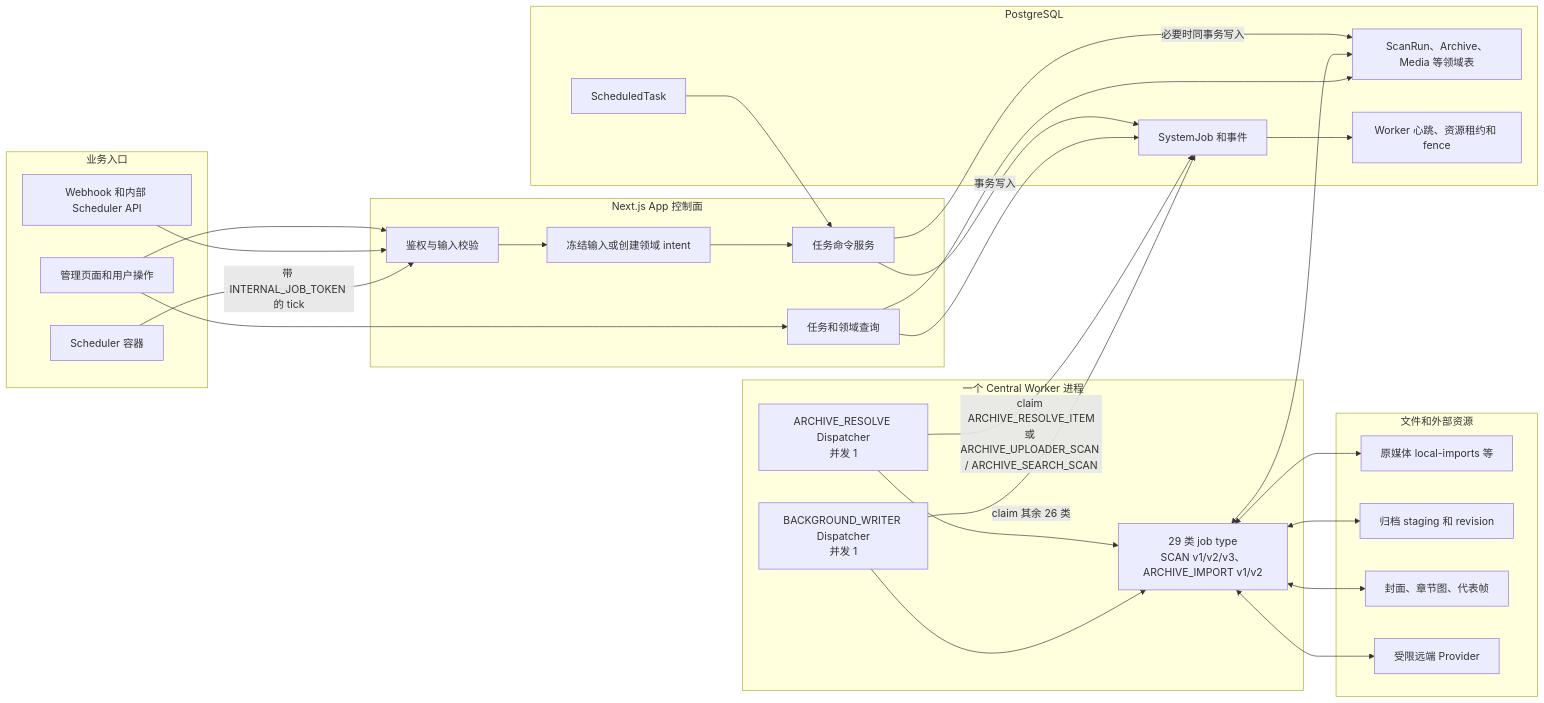
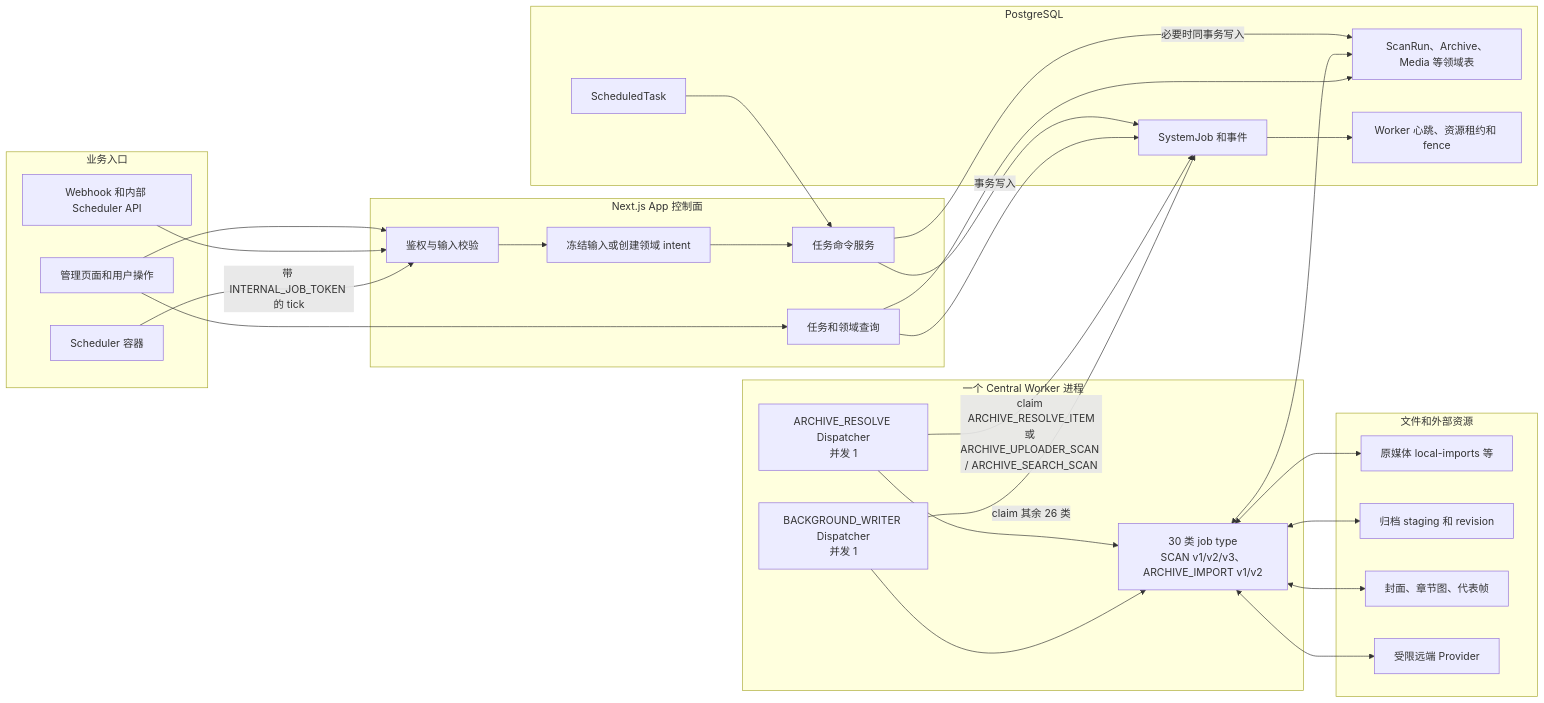
One commit to namehu/PixiShelf changed the first of 12 diagrams in docs/architecture/background-job-business-flows.md. Above: the diagram before and after it, drawn with Mermaid. The commit also changed other lines of this file and 89 other files, not shown here.

````diff
--- a/docs/architecture/background-job-business-flows.md
+++ b/docs/architecture/background-job-business-flows.md
@@ -50,56 +50,56 @@
 ```mermaid
 flowchart LR
   subgraph Entry[业务入口]
     UI[管理页面和用户操作]
     API[Webhook 和内部 Scheduler API]
     SCH[Scheduler 容器]
   end
 
   subgraph App[Next.js App 控制面]
     AUTH[鉴权与输入校验]
     SNAP[冻结输入或创建领域 intent]
     CMD[任务命令服务]
     READ[任务和领域查询]
   end
 
   subgraph DB[PostgreSQL]
     TASK[ScheduledTask]
     JOB[SystemJob 和事件]
     DOMAIN[ScanRun、Archive、Media 等领域表]
     LEASE[Worker 心跳、资源租约和 fence]
   end
 
   subgraph Worker[一个 Central Worker 进程]
     RESOLVE[ARCHIVE_RESOLVE Dispatcher\n并发 1]
     WRITER[BACKGROUND_WRITER Dispatcher\n并发 1]
-    EXEC[29 类 job type\nSCAN v1/v2/v3、ARCHIVE_IMPORT v1/v2]
+    EXEC[30 类 job type\nSCAN v1/v2/v3、ARCHIVE_IMPORT v1/v2]
   end
 
   subgraph Storage[文件和外部资源]
     SOURCE[原媒体 local-imports 等]
     ARCHIVE[归档 staging 和 revision]
     DERIVED[封面、章节图、代表帧]
     REMOTE[受限远端 Provider]
   end
 
   UI --> AUTH
   API --> AUTH
   SCH -->|带 INTERNAL_JOB_TOKEN 的 tick| AUTH
   AUTH --> SNAP --> CMD
   TASK --> CMD
   CMD -->|事务写入| JOB
   CMD -->|必要时同事务写入| DOMAIN
   RESOLVE -->|claim ARCHIVE_RESOLVE_ITEM\n或 ARCHIVE_UPLOADER_SCAN / ARCHIVE_SEARCH_SCAN| JOB
   WRITER -->|claim 其余 26 类| JOB
   JOB --> LEASE
   RESOLVE --> EXEC
   WRITER --> EXEC
   EXEC <--> DOMAIN
   EXEC <--> SOURCE
   EXEC <--> ARCHIVE
   EXEC <--> DERIVED
   EXEC <--> REMOTE
   READ --> JOB
   READ --> DOMAIN
   UI --> READ
 ```
````
